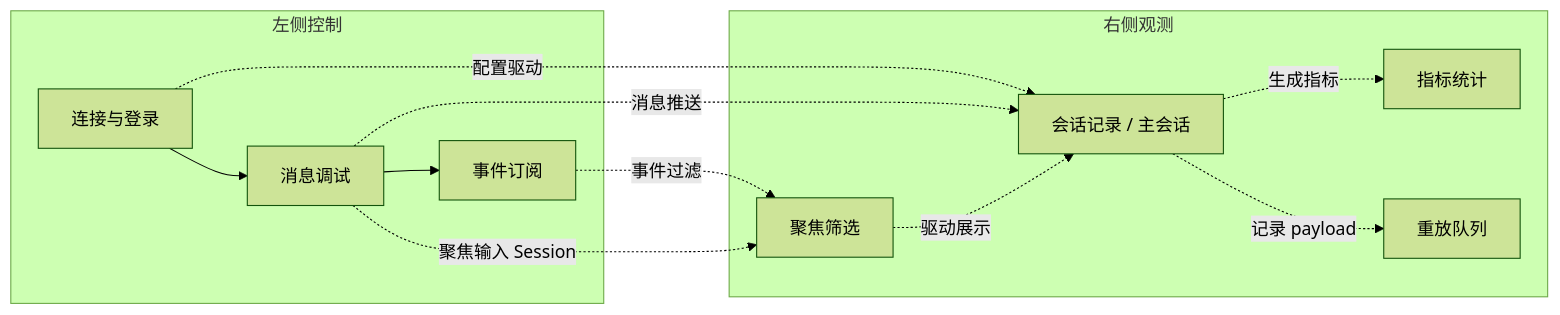
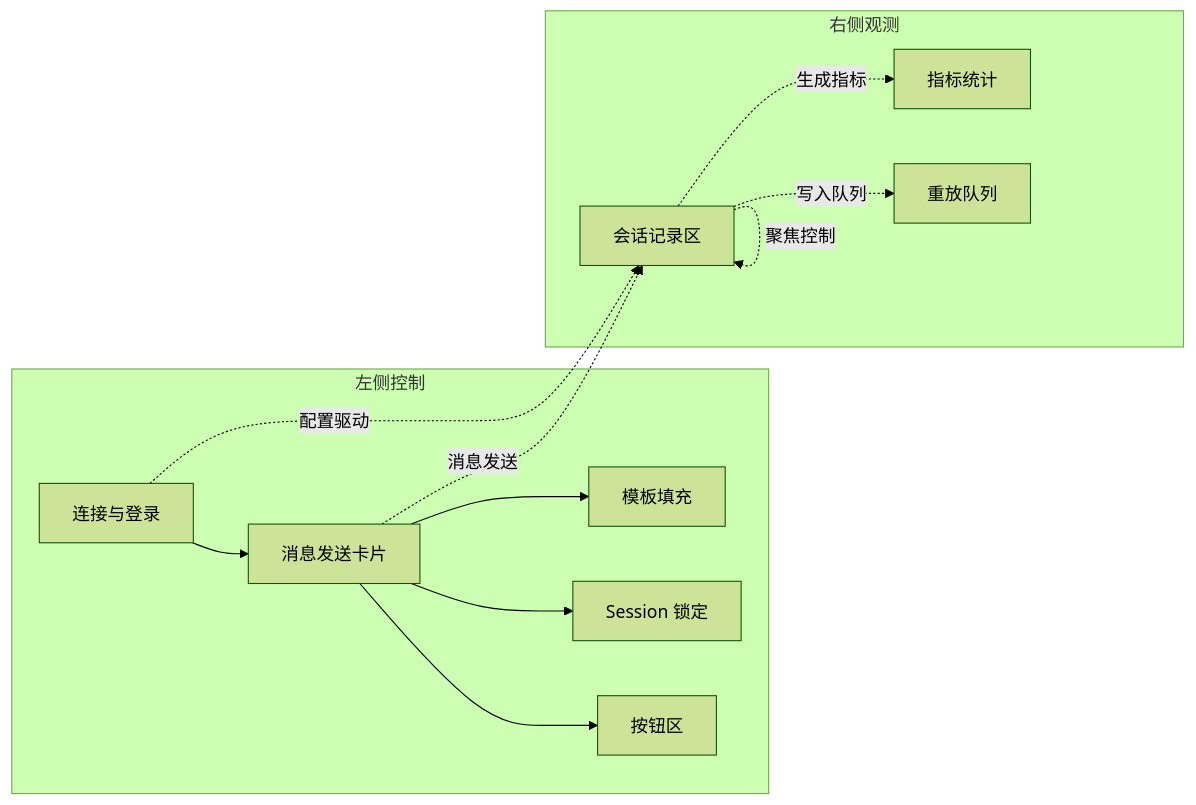
One commit to Cokefish9527/open-webui changed the diagram in docs/410_websocket_test_page_manual.md. Above: the diagram before and after it, drawn with Mermaid (forest theme). The commit also changed other lines of this file and 3 other files, not shown here.

````diff
--- a/docs/410_websocket_test_page_manual.md
+++ b/docs/410_websocket_test_page_manual.md
@@ -18,20 +16,19 @@
 ```mermaid
 flowchart LR
   subgraph 左侧控制
-    A[连接与登录] --> B[消息调试]
-    B --> C[事件订阅]
+    A[连接与登录] --> B[消息发送卡片]
+    B --> B1[模板填充]
+    B --> B2[Session 锁定]
+    B --> B3[按钮区]
   end
   subgraph 右侧观测
-    G[聚焦筛选]
-    D[会话记录 / 主会话]
-    E[指标统计]
-    F[重放队列]
+    C[会话记录区]
+    D[指标统计]
+    E[重放队列]
   end
-  A -.配置驱动.-> D
-  B -.消息推送.-> D
-  G -.驱动展示.-> D
-  D -.生成指标.-> E
-  D -.记录 payload.-> F
-  C -.事件过滤.-> G
-  B -.聚焦输入 Session.-> G
+  A -.配置驱动.-> C
+  B -.消息发送.-> C
+  C -.生成指标.-> D
+  C -.写入队列.-> E
+  C -.聚焦控制.-> C
 ```
````
